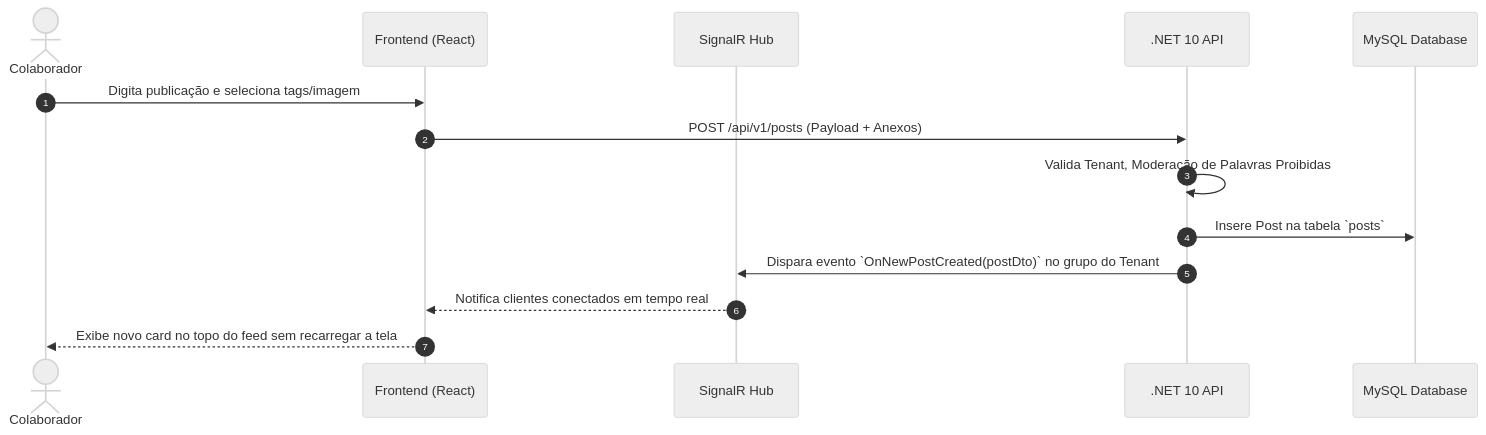
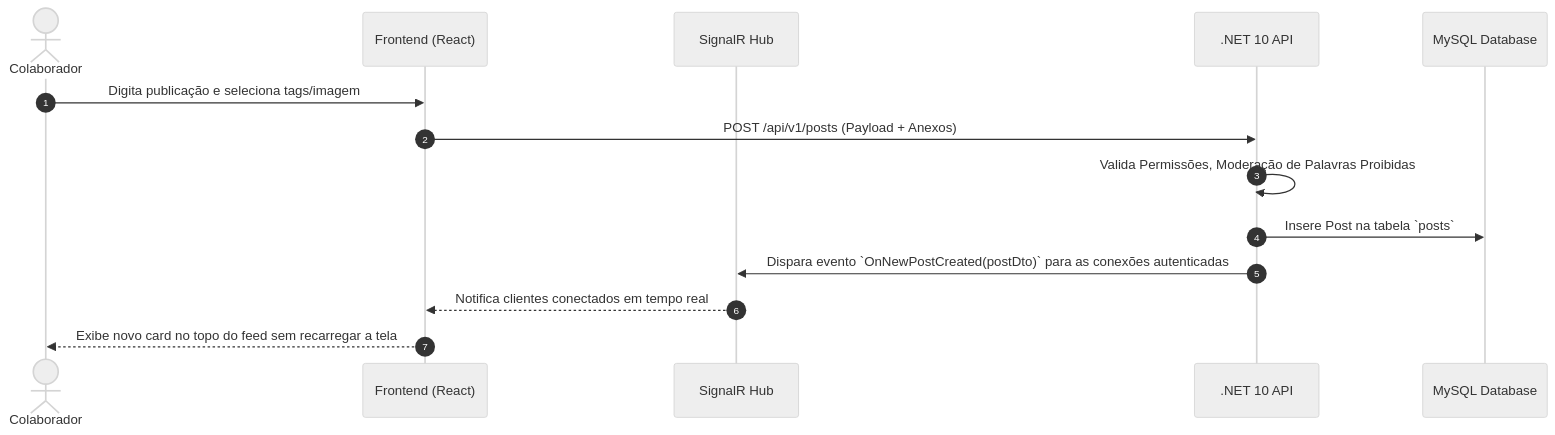
One commit to pacmanalx/socialtool-rh changed the diagram in docs/03-modulos-funcionais/01-feed-social-e-celebracoes.md. Above: the diagram before and after it, drawn with Mermaid (neutral theme). The commit also changed other lines of this file and 71 other files, not shown here.

````diff
--- a/docs/03-modulos-funcionais/01-feed-social-e-celebracoes.md
+++ b/docs/03-modulos-funcionais/01-feed-social-e-celebracoes.md
@@ -39,17 +39,17 @@
 ```mermaid
 sequenceDiagram
     autonumber
     actor Colaborador
     participant React as Frontend (React)
     participant SignalR as SignalR Hub
     participant API as .NET 10 API
     participant MySQL as MySQL Database
 
     Colaborador->>React: Digita publicação e seleciona tags/imagem
     React->>API: POST /api/v1/posts (Payload + Anexos)
-    API->>API: Valida Tenant, Moderação de Palavras Proibidas
+    API->>API: Valida Permissões, Moderação de Palavras Proibidas
     API->>MySQL: Insere Post na tabela `posts`
-    API->>SignalR: Dispara evento `OnNewPostCreated(postDto)` no grupo do Tenant
+    API->>SignalR: Dispara evento `OnNewPostCreated(postDto)` para as conexões autenticadas
     SignalR-->>React: Notifica clientes conectados em tempo real
     React-->>Colaborador: Exibe novo card no topo do feed sem recarregar a tela
 ```
````
